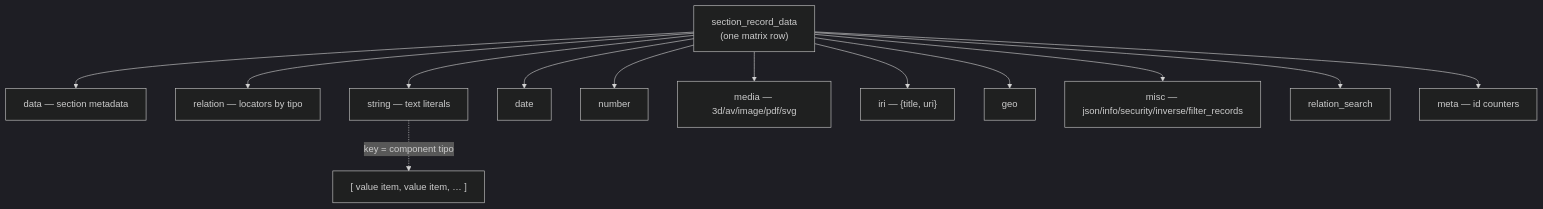
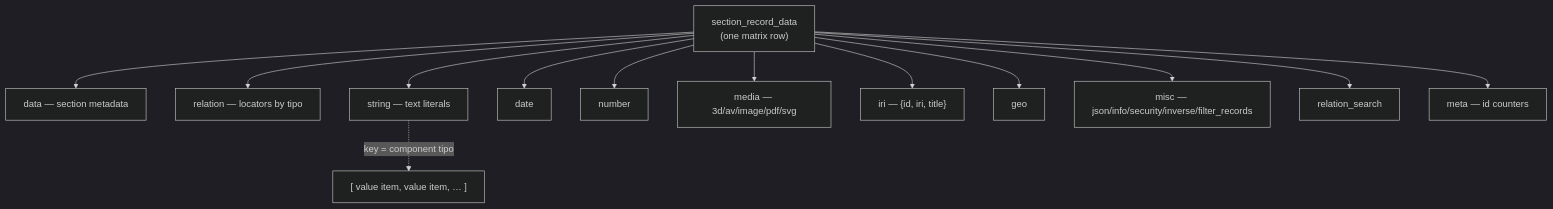
One commit to renderpci/dedalo changed the first of 2 diagrams in docs/core/data_model/index.md. Above: the diagram before and after it, drawn with Mermaid (dark theme). The commit also changed other lines of this file and 116 other files, not shown here.

````diff
--- a/docs/core/data_model/index.md
+++ b/docs/core/data_model/index.md
@@ -120,17 +120,17 @@
 ```mermaid
 flowchart TB
     rec["section_record_data<br/>(one matrix row)"]
     rec --> data["data — section metadata"]
     rec --> rel["relation — locators by tipo"]
     rec --> str["string — text literals"]
     rec --> dt["date"]
     rec --> num["number"]
     rec --> med["media — 3d/av/image/pdf/svg"]
-    rec --> iri["iri — {title, uri}"]
+    rec --> iri["iri — {id, iri, title}"]
     rec --> geo["geo"]
     rec --> misc["misc — json/info/security/inverse/filter_records"]
     rec --> rs["relation_search"]
     rec --> meta["meta — id counters"]
 
     str -. "key = component tipo" .-> item["[ value item, value item, … ]"]
 ```
````
